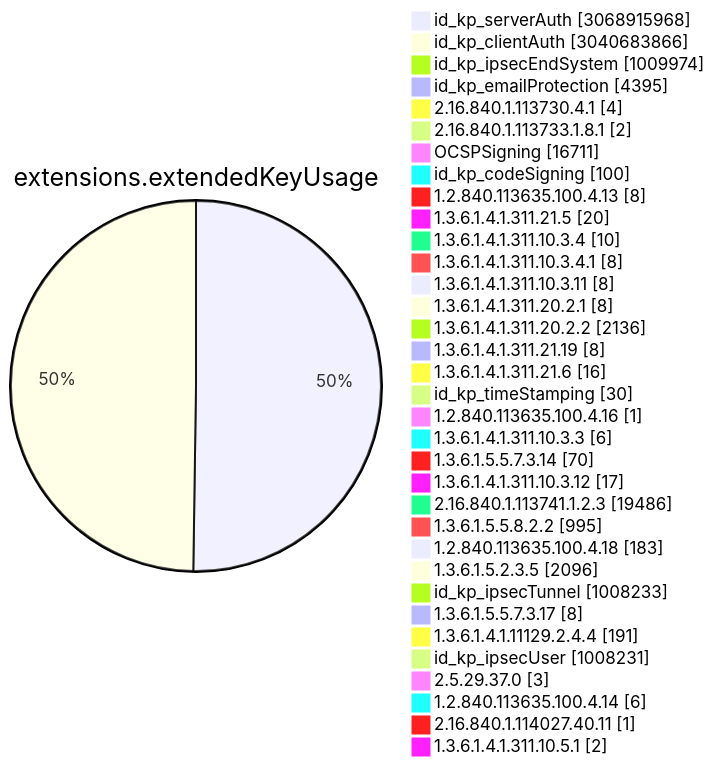
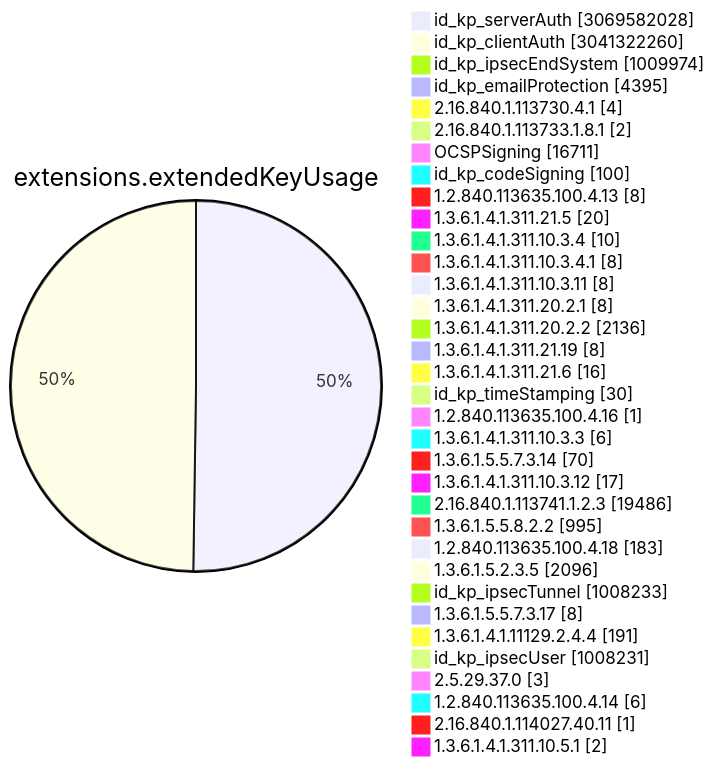
One commit to christiankrug/ctmonitor_visualization changed diagram 11 of 15 in TOTAL/README.md. Above: the diagram before and after it, drawn with Mermaid. The commit also changed other lines of this file, not shown here.

````diff
--- a/TOTAL/README.md
+++ b/TOTAL/README.md
@@ -4119,38 +4119,38 @@
 ```mermaid
 pie showData
 title extensions.extendedKeyUsage
-"id_kp_serverAuth" :3068915968
-"id_kp_clientAuth" :3040683866
+"id_kp_serverAuth" :3069582028
+"id_kp_clientAuth" :3041322260
 "id_kp_ipsecEndSystem" :1009974
 "id_kp_emailProtection" :4395
 "2.16.840.1.113730.4.1" :4
 "2.16.840.1.113733.1.8.1" :2
 "OCSPSigning" :16711
 "id_kp_codeSigning" :100
 "1.2.840.113635.100.4.13" :8
 "1.3.6.1.4.1.311.21.5" :20
 "1.3.6.1.4.1.311.10.3.4" :10
 "1.3.6.1.4.1.311.10.3.4.1" :8
 "1.3.6.1.4.1.311.10.3.11" :8
 "1.3.6.1.4.1.311.20.2.1" :8
 "1.3.6.1.4.1.311.20.2.2" :2136
 "1.3.6.1.4.1.311.21.19" :8
 "1.3.6.1.4.1.311.21.6" :16
 "id_kp_timeStamping" :30
 "1.2.840.113635.100.4.16" :1
 "1.3.6.1.4.1.311.10.3.3" :6
 "1.3.6.1.5.5.7.3.14" :70
 "1.3.6.1.4.1.311.10.3.12" :17
 "2.16.840.1.113741.1.2.3" :19486
 "1.3.6.1.5.5.8.2.2" :995
 "1.2.840.113635.100.4.18" :183
 "1.3.6.1.5.2.3.5" :2096
 "id_kp_ipsecTunnel" :1008233
 "1.3.6.1.5.5.7.3.17" :8
 "1.3.6.1.4.1.11129.2.4.4" :191
 "id_kp_ipsecUser" :1008231
 "2.5.29.37.0" :3
 "1.2.840.113635.100.4.14" :6
 "2.16.840.1.114027.40.11" :1
 "1.3.6.1.4.1.311.10.5.1" :2
 ```
````
